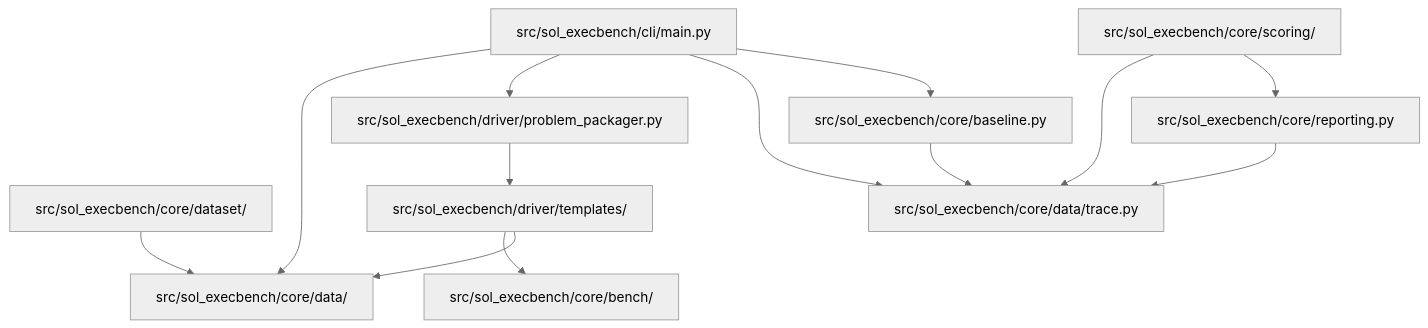
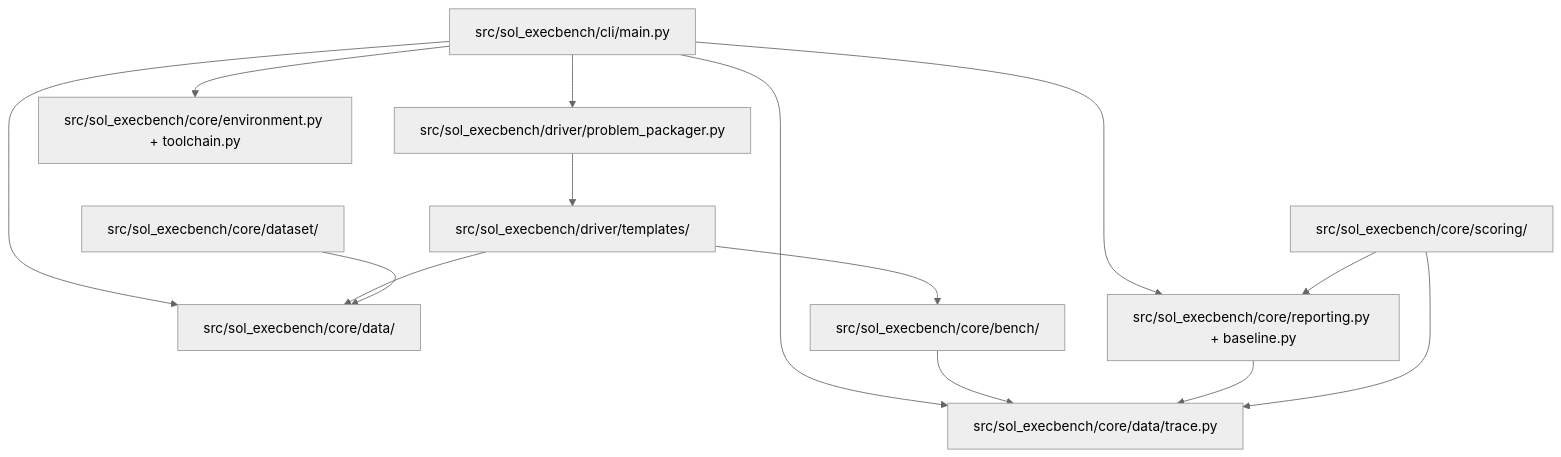
One commit to gwokhou/SOL-ExecBench-ROCm changed the diagram in docs/ARCHITECTURE.md. Above: the diagram before and after it, drawn with Mermaid (neutral theme). The commit also changed other lines of this file and 18 other files, not shown here.

````diff
--- a/docs/ARCHITECTURE.md
+++ b/docs/ARCHITECTURE.md
@@ -28,26 +30,27 @@
 ```mermaid
 graph TD
     CLI["src/sol_execbench/cli/main.py"]
     Models["src/sol_execbench/core/data/"]
     Bench["src/sol_execbench/core/bench/"]
     Dataset["src/sol_execbench/core/dataset/"]
     Scoring["src/sol_execbench/core/scoring/"]
     Packager["src/sol_execbench/driver/problem_packager.py"]
     Templates["src/sol_execbench/driver/templates/"]
     Trace["src/sol_execbench/core/data/trace.py"]
-    Reports["src/sol_execbench/core/reporting.py"]
-    Baseline["src/sol_execbench/core/baseline.py"]
+    Reporting["src/sol_execbench/core/reporting.py + baseline.py"]
+    Diagnostics["src/sol_execbench/core/environment.py + toolchain.py"]
 
     CLI --> Models
     CLI --> Packager
     Packager --> Templates
     Templates --> Bench
     Templates --> Models
     CLI --> Trace
-    CLI --> Baseline
-    Baseline --> Trace
+    CLI --> Reporting
+    CLI --> Diagnostics
+    Bench --> Trace
     Dataset --> Models
-    Reports --> Trace
+    Reporting --> Trace
     Scoring --> Trace
-    Scoring --> Reports
+    Scoring --> Reporting
 ```
````
